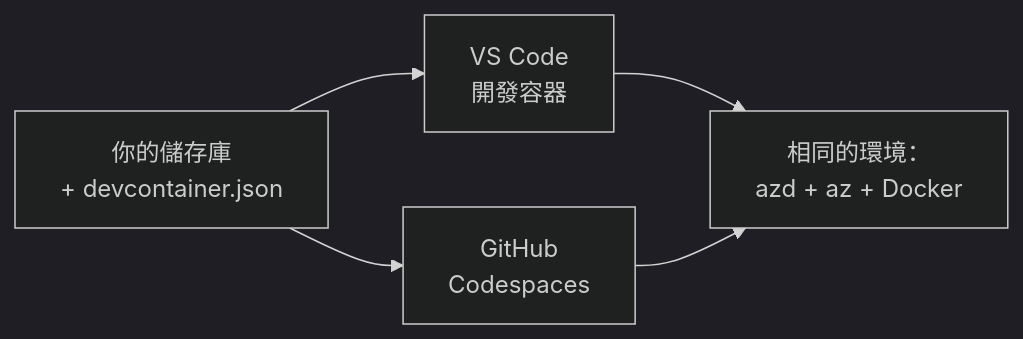
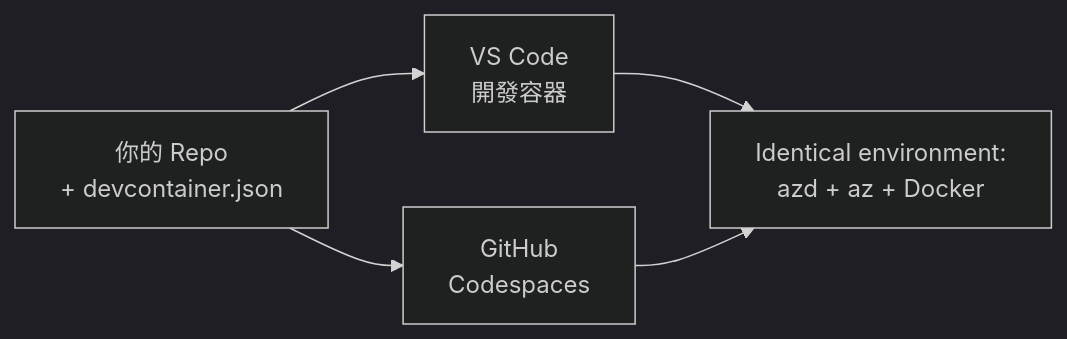
The diagram in translations/zh-HK/docs/chapter-01-foundation/dev-containers.md (microsoft/AZD-for-beginners), drawn with Mermaid (dark theme) before and after one commit. The commit also changed other lines of this file and 61 other files, not shown here.

````diff
--- a/translations/zh-HK/docs/chapter-01-foundation/dev-containers.md
+++ b/translations/zh-HK/docs/chapter-01-foundation/dev-containers.md
@@ -41,7 +41,7 @@
 ```mermaid
 graph LR
-    Repo[你的儲存庫<br/>+ devcontainer.json] --> VSCode[VS Code<br/>開發容器]
+    Repo[你的 Repo<br/>+ devcontainer.json] --> VSCode[VS Code<br/>開發容器]
     Repo --> Codespaces[GitHub<br/>Codespaces]
-    VSCode --> Env[相同的環境：<br/>azd + az + Docker]
+    VSCode --> Env[Identical environment:<br/>azd + az + Docker]
     Codespaces --> Env
 ```
````
